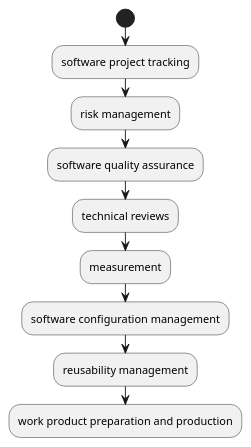
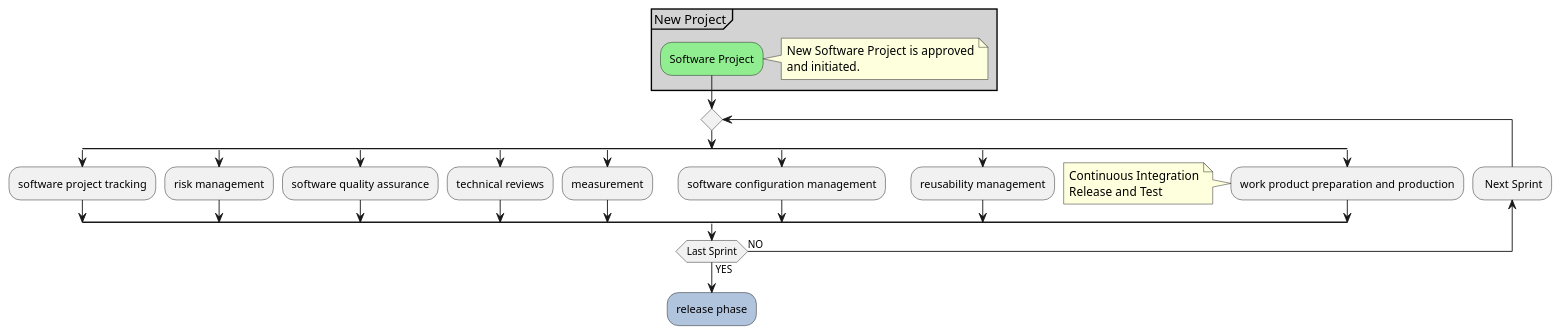
Before and after one commit to KPZNet/CSC505: the first of 23 diagrams in M1/Umbrella.puml, drawn with PlantUML.

Commit message:
umbrellas

```diff
--- a/M1/Umbrella.puml
+++ b/M1/Umbrella.puml
@@ -2,11 +2,36 @@
 @startuml UmbrellaActivities
-start;
-:software project tracking;
-:risk management;
-:software quality assurance;
-:technical reviews;
-:measurement;
-:software configuration management;
-:reusability management;
-:work product preparation and production;
+partition #LightGrey "New Project" {
+#LightGreen:Software Project;
+note right
+    New Software Project is approved
+    and initiated.
+end note
+}
+repeat
+
+split
+  :software project tracking;
+split again
+  :risk management;
+split again
+  :software quality assurance;
+split again
+  :technical reviews;
+split again
+  :measurement;
+split again
+  :software configuration management;
+split again
+  :reusability management;
+split again
+  :work product preparation and production;
+note
+  Continuous Integration
+  Release and Test
+end note
+end split;
+backward : Next Sprint;
+repeatwhile (Last Sprint) is (NO) not (YES)
+#LightSteelBlue:release phase;
+
 @enduml
```
